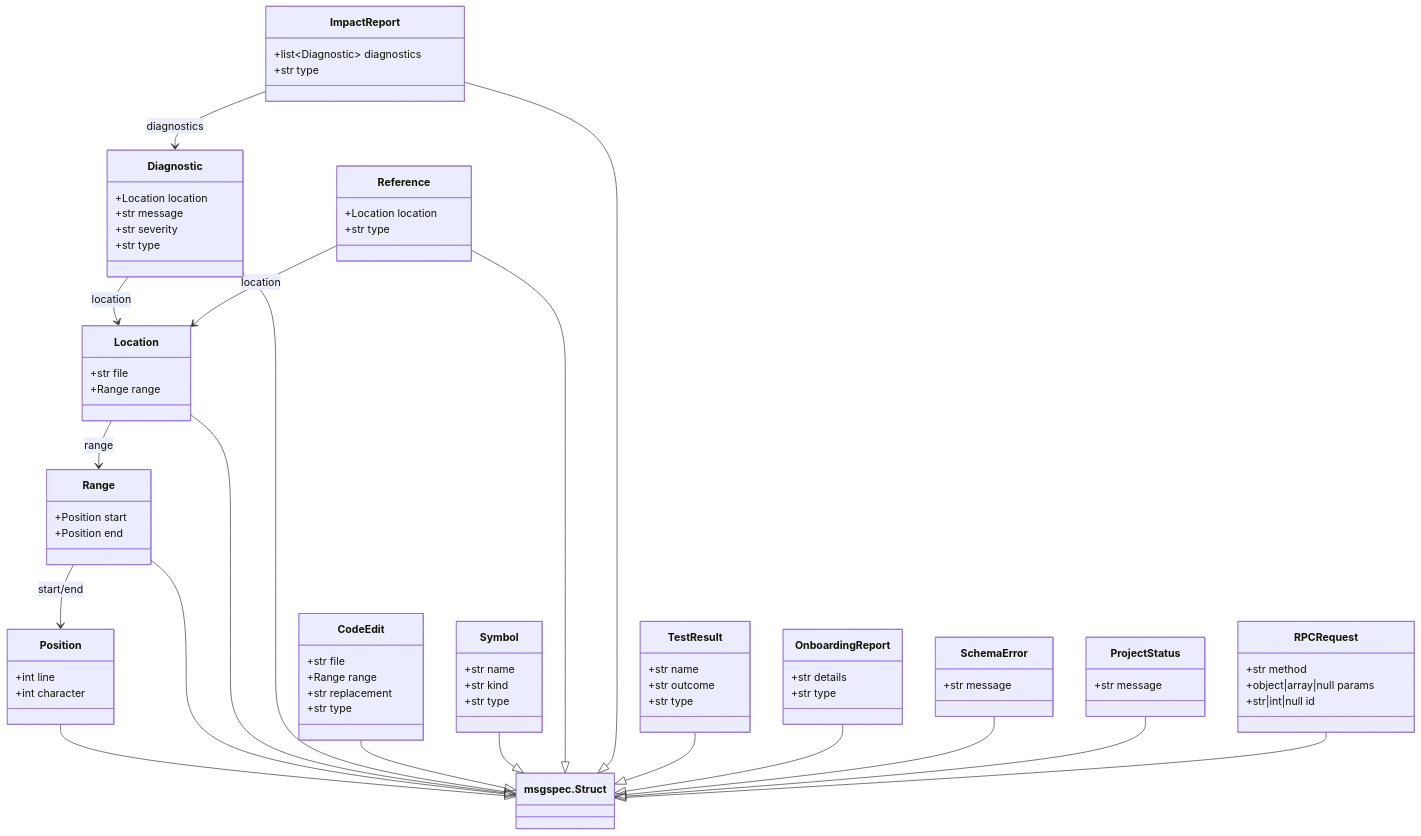
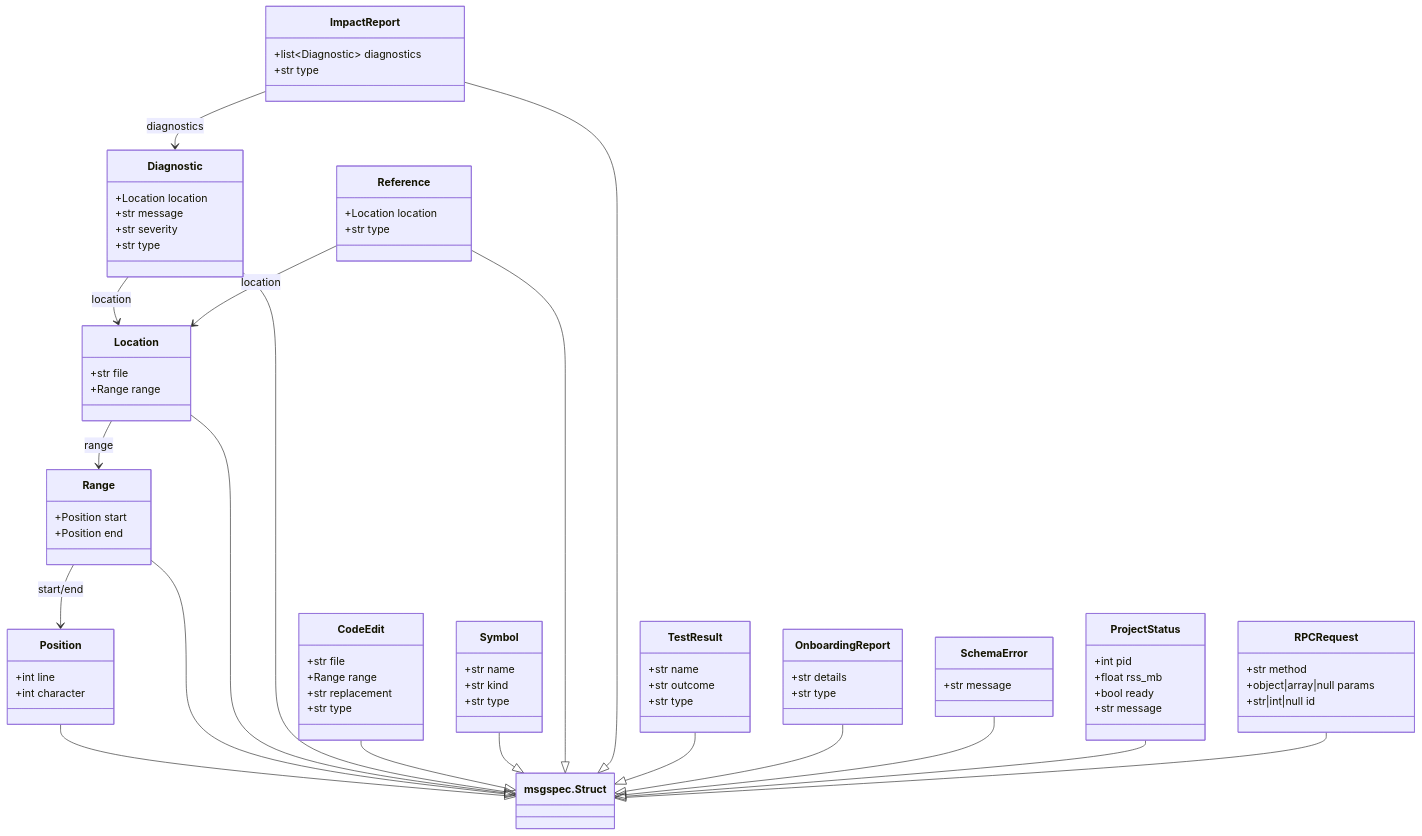
Before and after one commit to leynos/weaver: the diagram in docs/weaver-design.md, drawn with Mermaid. The commit also changed other lines of this file and 10 other files, not shown here.

```diff
--- a/docs/weaver-design.md
+++ b/docs/weaver-design.md
@@ -440,6 +447,9 @@
         +str message
     }
     class ProjectStatus {
+        +int pid
+        +float rss_mb
+        +bool ready
         +str message
     }
 
```
